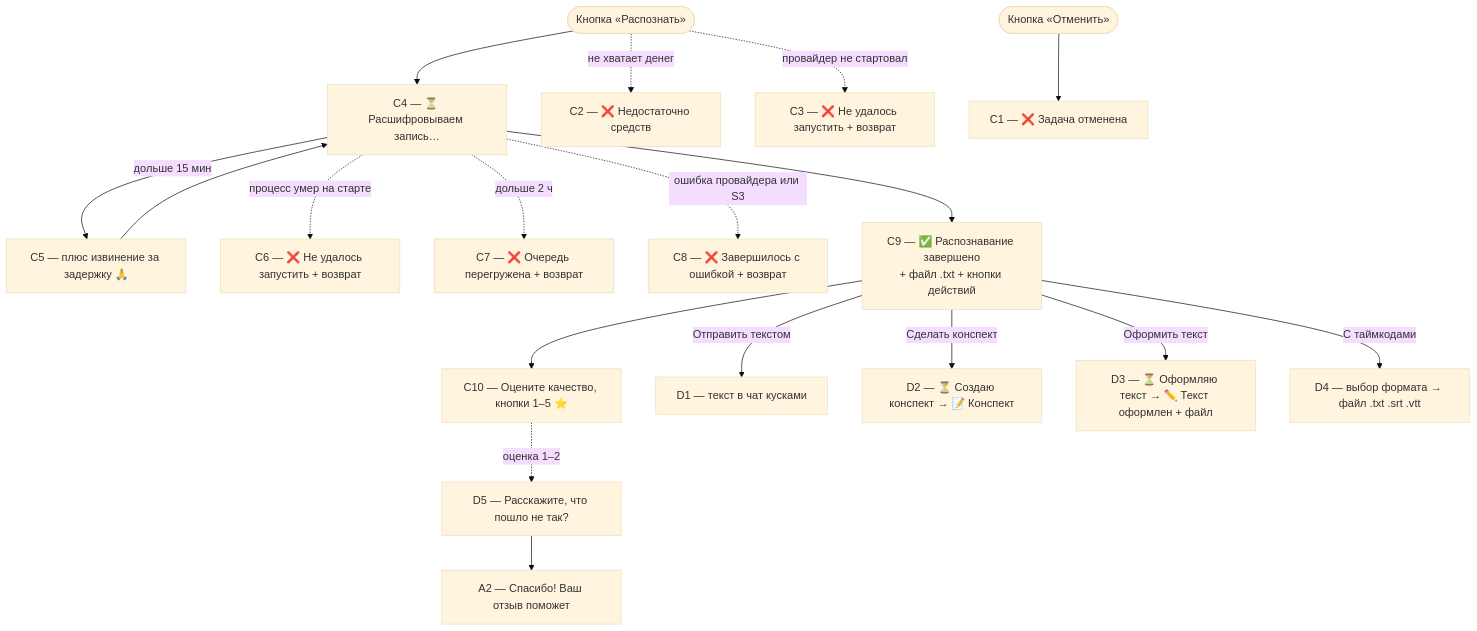
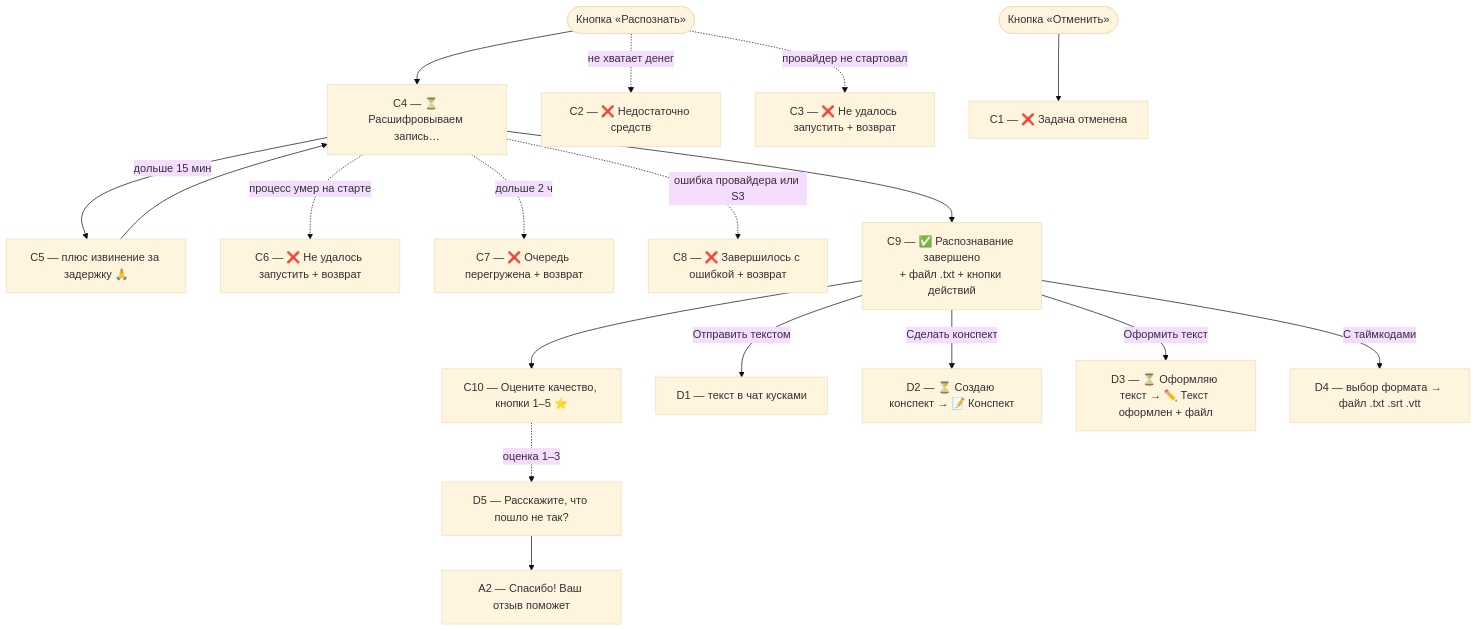
Before and after one commit to gistrec/ClearTranscriptBot: the second of 3 diagrams in docs/messages.md, drawn with Mermaid (base theme). The commit also changed other lines of this file and 4 other files, not shown here.

````diff
--- a/docs/messages.md
+++ b/docs/messages.md
@@ -29,20 +29,20 @@
 ```mermaid
 flowchart TD
     BTN([Кнопка «Распознать»]) --> RUN["C4 — ⏳ Расшифровываем запись…"]
     BTN -.->|не хватает денег| C2["C2 — ❌ Недостаточно средств"]
     BTN -.->|провайдер не стартовал| C3["C3 — ❌ Не удалось запустить + возврат"]
     CBTN([Кнопка «Отменить»]) --> C1["C1 — ❌ Задача отменена"]
     RUN -->|дольше 15 мин| C5["C5 — плюс извинение за задержку 🙏"]
     C5 --> RUN
     RUN -.->|процесс умер на старте| C6["C6 — ❌ Не удалось запустить + возврат"]
     RUN -.->|дольше 2 ч| C7["C7 — ❌ Очередь перегружена + возврат"]
     RUN -.->|ошибка провайдера или S3| C8["C8 — ❌ Завершилось с ошибкой + возврат"]
     RUN --> C9["C9 — ✅ Распознавание завершено<br/>+ файл .txt + кнопки действий"]
     C9 --> C10["C10 — Оцените качество, кнопки 1–5 ⭐"]
-    C10 -.->|оценка 1–2| D5["D5 — Расскажите, что пошло не так?"]
+    C10 -.->|оценка 1–3| D5["D5 — Расскажите, что пошло не так?"]
     D5 --> A2["A2 — Спасибо! Ваш отзыв поможет"]
     C9 -->|Отправить текстом| D1["D1 — текст в чат кусками"]
     C9 -->|Сделать конспект| D2["D2 — ⏳ Создаю конспект → 📝 Конспект"]
     C9 -->|Оформить текст| D3["D3 — ⏳ Оформляю текст → ✏️ Текст оформлен + файл"]
     C9 -->|С таймкодами| D4["D4 — выбор формата → файл .txt .srt .vtt"]
 ```
````
